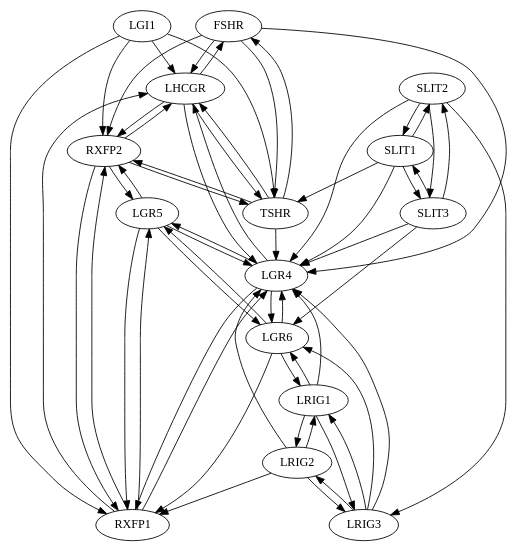
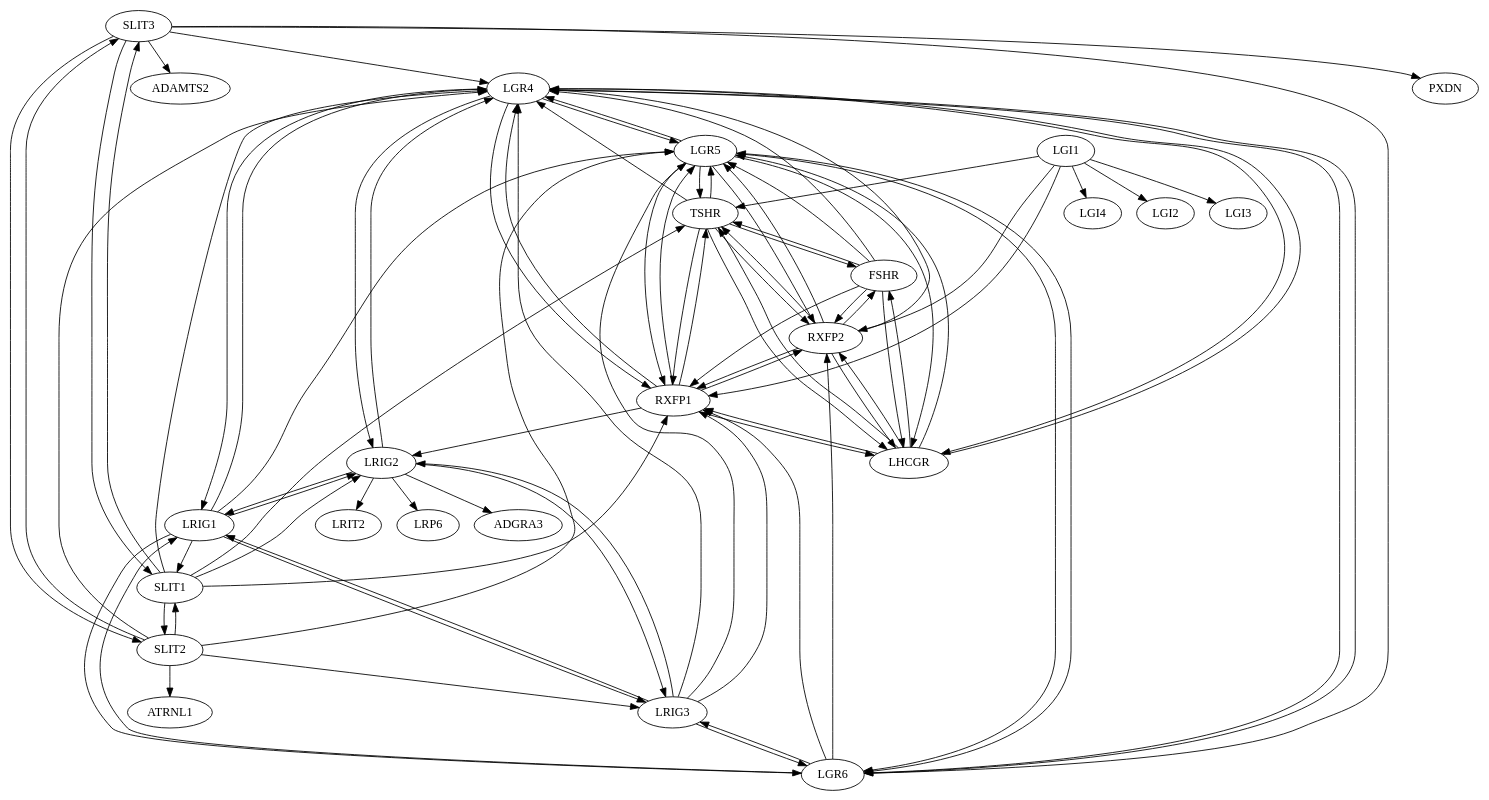
The diagram in v6/graphs/167.graph.dot (leonfrench/map-of-proteins-data), drawn with Graphviz before and after one commit. The commit also changed 457 other files, not shown here.

```diff
--- a/v6/graphs/167.graph.dot
+++ b/v6/graphs/167.graph.dot
@@ -1,77 +1,116 @@
 digraph G {
-"FSHR" -> "LHCGR";
-"FSHR" -> "TSHR";
-"FSHR" -> "LGR4";
-"FSHR" -> "RXFP2";
-"LGI1" -> "RXFP1";
-"LGI1" -> "RXFP2";
-"LGI1" -> "TSHR";
-"LGI1" -> "LHCGR";
-"LGR4" -> "LGR5";
-"LGR4" -> "LHCGR";
-"LGR4" -> "LGR6";
-"LGR4" -> "RXFP1";
-"LGR5" -> "LGR4";
-"LGR5" -> "LGR6";
-"LGR5" -> "RXFP2";
-"LGR5" -> "RXFP1";
-"LGR6" -> "LGR5";
-"LGR6" -> "LGR4";
-"LGR6" -> "LRIG1";
-"LGR6" -> "RXFP1";
-"LHCGR" -> "FSHR";
-"LHCGR" -> "TSHR";
-"LHCGR" -> "LGR4";
-"LHCGR" -> "RXFP2";
-"LRIG1" -> "LRIG3";
-"LRIG1" -> "LRIG2";
-"LRIG1" -> "LGR4";
-"LRIG1" -> "LGR6";
-"LRIG2" -> "LRIG1";
-"LRIG2" -> "LGR4";
-"LRIG2" -> "LRIG3";
-"LRIG2" -> "RXFP1";
-"LRIG3" -> "LRIG1";
-"LRIG3" -> "LGR4";
-"LRIG3" -> "LRIG2";
-"LRIG3" -> "LGR6";
-"RXFP1" -> "RXFP2";
-"RXFP1" -> "LGR5";
-"RXFP1" -> "LGR4";
-"RXFP1" -> "LHCGR";
-"RXFP2" -> "RXFP1";
-"RXFP2" -> "LGR5";
-"RXFP2" -> "LHCGR";
-"RXFP2" -> "TSHR";
-"SLIT1" -> "SLIT3";
-"SLIT1" -> "SLIT2";
-"SLIT1" -> "TSHR";
-"SLIT1" -> "LGR4";
-"SLIT2" -> "SLIT3";
-"SLIT2" -> "SLIT1";
-"SLIT2" -> "LGR4";
-"SLIT2" -> "LRIG3";
-"SLIT3" -> "SLIT1";
-"SLIT3" -> "SLIT2";
-"SLIT3" -> "LGR4";
-"SLIT3" -> "LGR6";
-"TSHR" -> "LHCGR";
-"TSHR" -> "FSHR";
-"TSHR" -> "LGR4";
-"TSHR" -> "RXFP2";
-"FSHR" ["l"="56.268456,-20.225220"];
-"LGI1" ["l"="56.634975,-19.271362"];
-"LGR4" ["l"="55.734428,-20.152351"];
-"LGR5" ["l"="55.833912,-20.106373"];
-"LGR6" ["l"="55.976505,-20.124557"];
-"LHCGR" ["l"="56.104557,-20.323284"];
-"LRIG1" ["l"="55.337902,-20.073837"];
-"LRIG2" ["l"="56.025772,-19.779171"];
-"LRIG3" ["l"="55.547634,-20.030260"];
-"RXFP1" ["l"="55.862988,-19.921192"];
-"RXFP2" ["l"="55.865479,-20.024387"];
-"SLIT1" ["l"="55.928596,-19.743235"];
-"SLIT2" ["l"="55.928291,-19.847797"];
-"SLIT3" ["l"="56.438591,-19.785425"];
-"TSHR" ["l"="55.878273,-19.836655"];
+"ADAMTS2" ["l"="60.751,-15.538"]
+"ADGRA3" ["l"="46.719,-18.050"]
+"ATRNL1" ["l"="56.684,-14.965"]
+"FSHR" ["l"="56.268,-20.225"]
+"LGI1" ["l"="56.635,-19.271"]
+"LGI2" ["l"="57.084,-18.718"]
+"LGI3" ["l"="57.337,-18.854"]
+"LGI4" ["l"="57.639,-18.818"]
+"LGR4" ["l"="55.734,-20.152"]
+"LGR5" ["l"="55.834,-20.106"]
+"LGR6" ["l"="55.977,-20.125"]
+"LHCGR" ["l"="56.105,-20.323"]
+"LRIG1" ["l"="55.338,-20.074"]
+"LRIG2" ["l"="56.026,-19.779"]
+"LRIG3" ["l"="55.548,-20.030"]
+"LRIT2" ["l"="94.319,19.514"]
+"LRP6" ["l"="53.993,-14.351"]
+"PXDN" ["l"="58.353,-14.530"]
+"RXFP1" ["l"="55.863,-19.921"]
+"RXFP2" ["l"="55.865,-20.024"]
+"SLIT1" ["l"="55.929,-19.743"]
+"SLIT2" ["l"="55.928,-19.848"]
+"SLIT3" ["l"="56.439,-19.785"]
+"TSHR" ["l"="55.878,-19.837"]
+"FSHR" -> "LHCGR"
+"FSHR" -> "TSHR"
+"FSHR" -> "LGR4"
+"FSHR" -> "RXFP2"
+"FSHR" -> "LGR5"
+"FSHR" -> "RXFP1"
+"LGI1" -> "LGI2" ["e"=1]
+"LGI1" -> "LGI3" ["e"=1]
+"LGI1" -> "LGI4" ["e"=1]
+"LGI1" -> "RXFP1"
+"LGI1" -> "RXFP2"
+"LGI1" -> "TSHR"
+"LGR4" -> "LGR5"
+"LGR4" -> "LHCGR"
+"LGR4" -> "LGR6"
+"LGR4" -> "RXFP1"
+"LGR4" -> "LRIG1"
+"LGR4" -> "LRIG2"
+"LGR5" -> "LGR4"
+"LGR5" -> "LGR6"
+"LGR5" -> "RXFP2"
+"LGR5" -> "RXFP1"
+"LGR5" -> "LHCGR"
+"LGR5" -> "TSHR"
+"LGR6" -> "LGR5"
+"LGR6" -> "LGR4"
+"LGR6" -> "LRIG1"
+"LGR6" -> "RXFP1"
+"LGR6" -> "LRIG3"
+"LGR6" -> "RXFP2"
+"LHCGR" -> "FSHR"
+"LHCGR" -> "TSHR"
+"LHCGR" -> "LGR4"
+"LHCGR" -> "RXFP2"
+"LHCGR" -> "RXFP1"
+"LHCGR" -> "LGR5"
+"LRIG1" -> "LRIG3"
+"LRIG1" -> "LRIG2"
+"LRIG1" -> "LGR4"
+"LRIG1" -> "LGR6"
+"LRIG1" -> "SLIT1"
+"LRIG1" -> "LGR5"
+"LRIG2" -> "LRIG1"
+"LRIG2" -> "LGR4"
+"LRIG2" -> "LRIG3"
+"LRIG2" -> "ADGRA3" ["e"=1]
+"LRIG2" -> "LRIT2" ["e"=1]
+"LRIG2" -> "LRP6" ["e"=1]
+"LRIG3" -> "LRIG1"
+"LRIG3" -> "LGR4"
+"LRIG3" -> "LRIG2"
+"LRIG3" -> "LGR6"
+"LRIG3" -> "RXFP1"
+"LRIG3" -> "LGR5"
+"RXFP1" -> "RXFP2"
+"RXFP1" -> "LGR5"
+"RXFP1" -> "LGR4"
+"RXFP1" -> "LHCGR"
+"RXFP1" -> "TSHR"
+"RXFP1" -> "LRIG2"
+"RXFP2" -> "RXFP1"
+"RXFP2" -> "LGR5"
+"RXFP2" -> "LHCGR"
+"RXFP2" -> "TSHR"
+"RXFP2" -> "LGR4"
+"RXFP2" -> "FSHR"
+"SLIT1" -> "SLIT3"
+"SLIT1" -> "SLIT2"
+"SLIT1" -> "TSHR"
+"SLIT1" -> "LGR4"
+"SLIT1" -> "LRIG2"
+"SLIT1" -> "RXFP1"
+"SLIT2" -> "SLIT3"
+"SLIT2" -> "SLIT1"
+"SLIT2" -> "LGR4"
+"SLIT2" -> "LRIG3"
+"SLIT2" -> "ATRNL1" ["e"=1]
+"SLIT2" -> "LGR5"
+"SLIT3" -> "SLIT1"
+"SLIT3" -> "SLIT2"
+"SLIT3" -> "PXDN" ["e"=1]
+"SLIT3" -> "LGR4"
+"SLIT3" -> "ADAMTS2" ["e"=1]
+"SLIT3" -> "LGR6"
+"TSHR" -> "LHCGR"
+"TSHR" -> "FSHR"
+"TSHR" -> "LGR4"
+"TSHR" -> "RXFP2"
+"TSHR" -> "RXFP1"
+"TSHR" -> "LGR5"
 }
```
